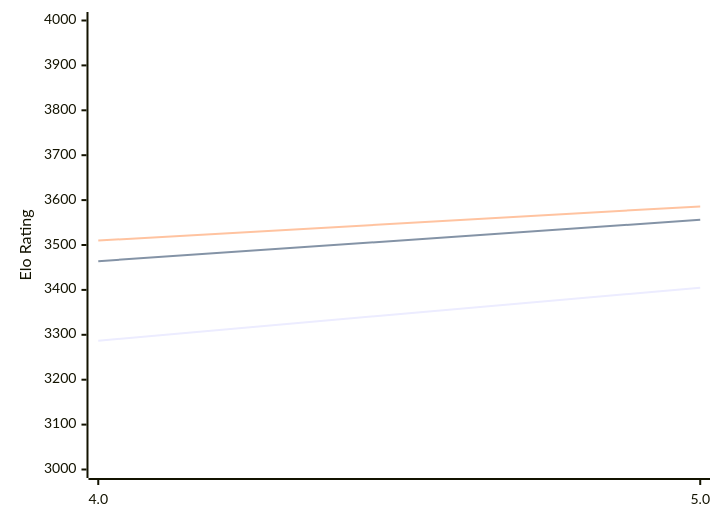
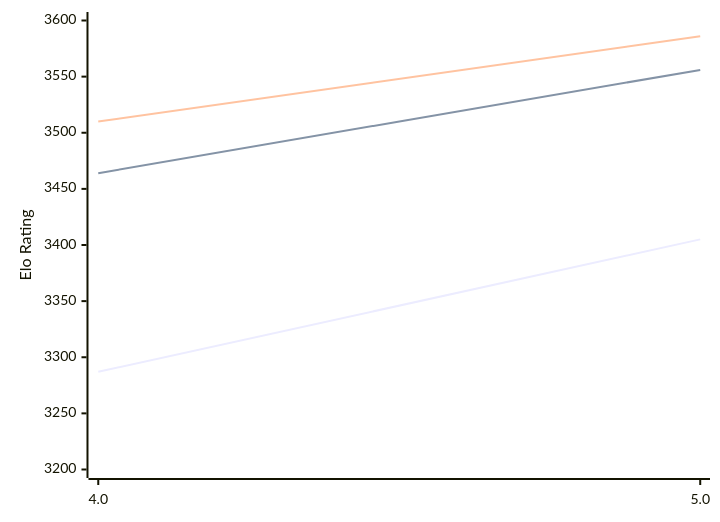
Before and after one commit to computer-chess-index/cci: the diagram in engines/Tarnished.md, drawn with Mermaid. The commit also changed other lines of this file, not shown here.

Commit message:
Update CCI Ratings (ELO VLTC) - 2026-02-10

````diff
--- a/engines/Tarnished.md
+++ b/engines/Tarnished.md
@@ -33,9 +33,9 @@
 ```mermaid
 %%{init: {"theme":"base","themeVariables":{"seriesColors:['#a3a3a3','#222221','#faa371']}}}%%
 xychart-beta
   x-axis ["4.0", "5.0"]
-  y-axis "Elo Rating" 3000 --> 4000
+  y-axis "Elo Rating" 3200 --> 3600
   line "STC (8.0+0.08s)" [3287, 3405]
   line "LTC (60.0+0.60s)" [3464, 3556]
   line "VLTC (2m24s+1.12s)" [3510, 3586]
 ```
````
